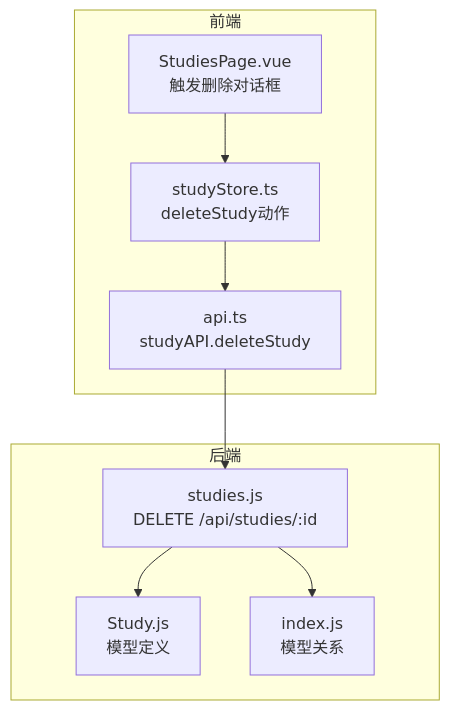
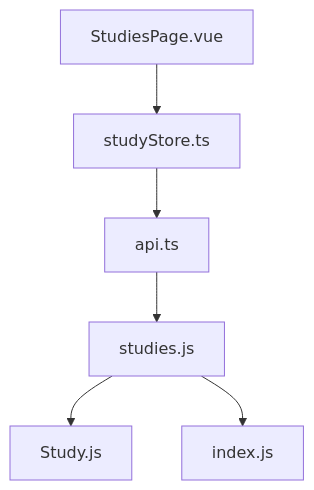
The first of 4 diagrams in wiki/后端架构/API端点参考/病例管理API/病例删除功能说明.md (xingranya/CervixDetectAI), drawn with Mermaid before and after one commit. The commit also changed other lines of this file and 35 other files, not shown here.

First line of the commit message:
docs(readme): 优化并统一项目文档中的流程图与说明

````diff
--- a/wiki/后端架构/API端点参考/病例管理API/病例删除功能说明.md
+++ b/wiki/后端架构/API端点参考/病例管理API/病例删除功能说明.md
@@ -37,15 +37,8 @@
 ```mermaid
-graph TB
-subgraph "前端"
-SP["StudiesPage.vue<br/>触发删除对话框"]
-SS["studyStore.ts<br/>deleteStudy动作"]
-SA["api.ts<br/>studyAPI.deleteStudy"]
-end
-subgraph "后端"
-RT["studies.js<br/>DELETE /api/studies/:id"]
-MD["Study.js<br/>模型定义"]
-REL["index.js<br/>模型关系"]
-end
-SP --> SS --> SA --> RT --> MD
-RT --> REL
+flowchart TB
+SP["StudiesPage.vue"] --> SS["studyStore.ts"]
+SS --> SA["api.ts"]
+SA --> RT["studies.js"]
+RT --> MD["Study.js"]
+RT --> REL["index.js"]
 ```
````
